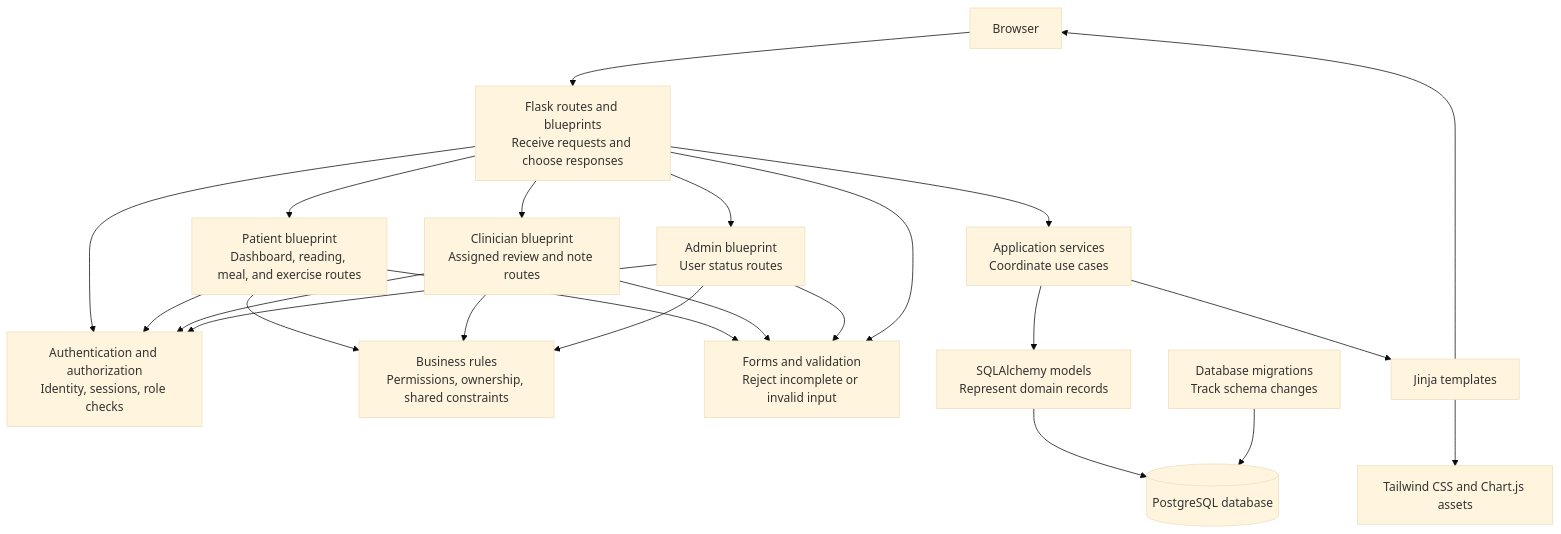
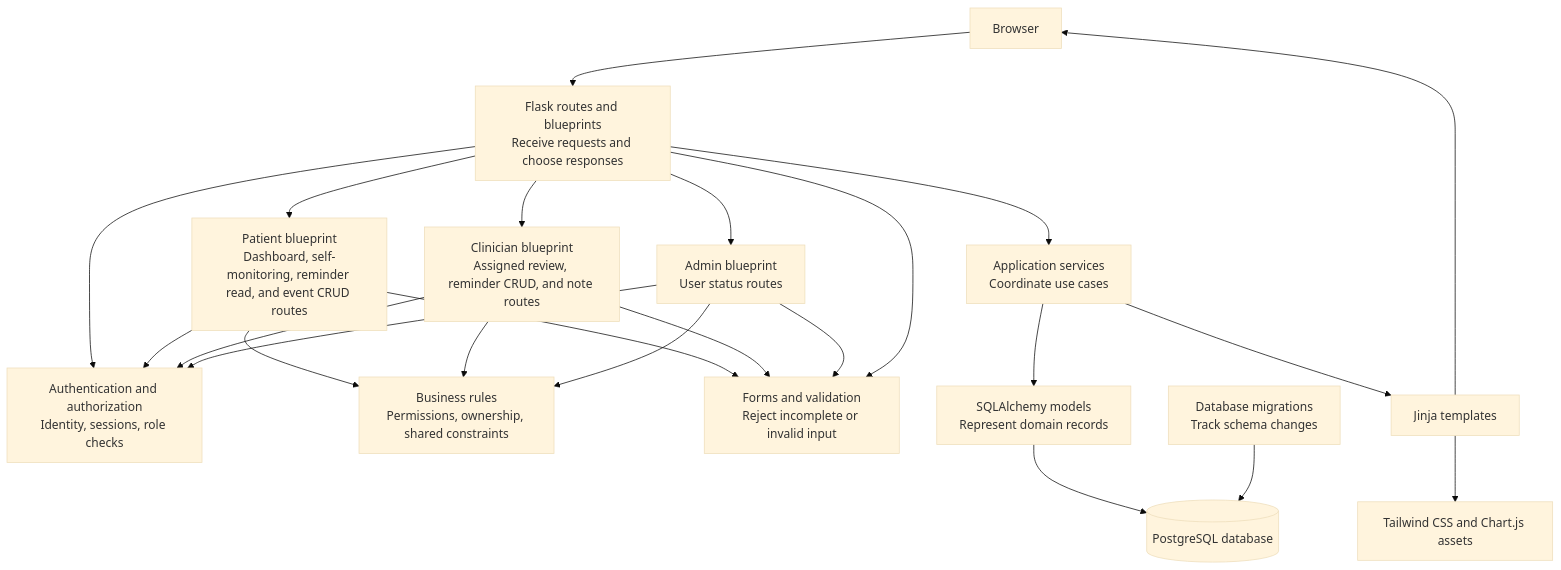
The sixth of 7 diagrams in docs/system-tutorials.md (R-gitonga/AfyaGlyco), drawn with Mermaid (base theme) before and after one commit. The commit also changed other lines of this file and 20 other files, not shown here.

````diff
--- a/docs/system-tutorials.md
+++ b/docs/system-tutorials.md
@@ -162,40 +172,40 @@
 ```mermaid
 flowchart TB
     Browser[Browser]
     Routes[Flask routes and blueprints\nReceive requests and choose responses]
-    PatientRoutes[Patient blueprint\nDashboard, reading, meal, and exercise routes]
-    ClinicianRoutes[Clinician blueprint\nAssigned review and note routes]
+    PatientRoutes[Patient blueprint\nDashboard, self-monitoring, reminder read, and event CRUD routes]
+    ClinicianRoutes[Clinician blueprint\nAssigned review, reminder CRUD, and note routes]
     AdminRoutes[Admin blueprint\nUser status routes]
     Auth[Authentication and authorization\nIdentity, sessions, role checks]
     Rules[Business rules\nPermissions, ownership, shared constraints]
     Forms[Forms and validation\nReject incomplete or invalid input]
     Services[Application services\nCoordinate use cases]
     Models[SQLAlchemy models\nRepresent domain records]
     Migrations[Database migrations\nTrack schema changes]
     DB[(PostgreSQL database)]
     Templates[Jinja templates]
     Static[Tailwind CSS and Chart.js assets]
 
     Browser --> Routes
     Routes --> PatientRoutes
     Routes --> ClinicianRoutes
     Routes --> AdminRoutes
     Routes --> Auth
     PatientRoutes --> Auth
     ClinicianRoutes --> Auth
     AdminRoutes --> Auth
     PatientRoutes --> Rules
     ClinicianRoutes --> Rules
     AdminRoutes --> Rules
     PatientRoutes --> Forms
     ClinicianRoutes --> Forms
     AdminRoutes --> Forms
     Routes --> Forms
     Routes --> Services
     Services --> Models
     Models --> DB
     Migrations --> DB
     Services --> Templates
     Templates --> Static
     Templates --> Browser
 ```
````
